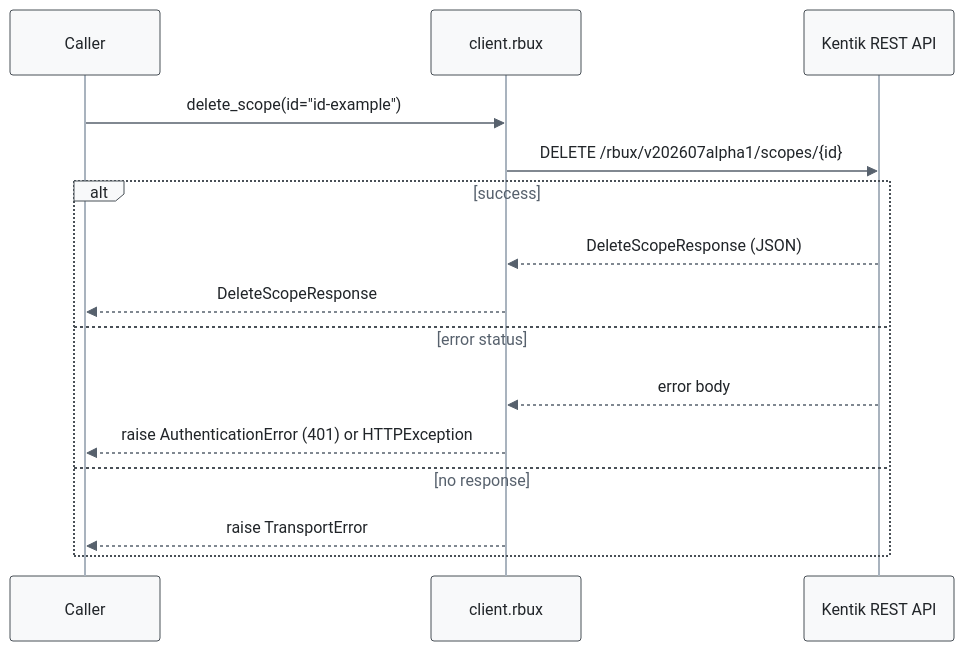
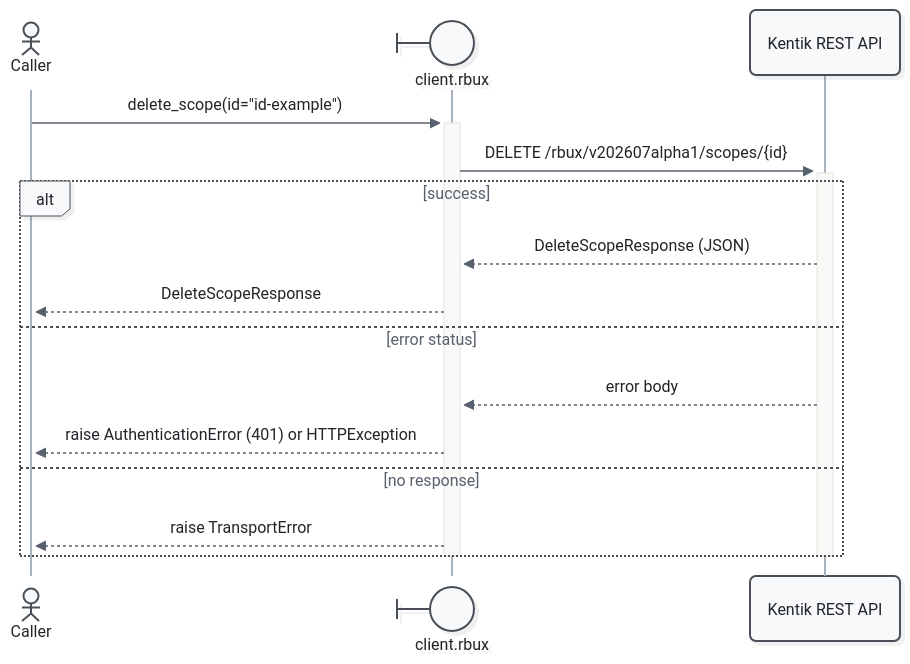
One commit to alexdearaujo/community_sdk_python changed the ninth of 11 diagrams in docs/sphinx/services/rbux.md. Above: the diagram before and after it, drawn with Mermaid. The commit also changed other lines of this file and 52 other files, not shown here.

First line of the commit message:
docs: Mermaid 12 sequence diagrams with participant types and path colors

````diff
--- a/docs/sphinx/services/rbux.md
+++ b/docs/sphinx/services/rbux.md
@@ -341,19 +361,21 @@
 ```mermaid
-%%{init: {"theme": "base", "fontFamily": "ui-monospace, SFMono-Regular, Menlo, monospace", "themeVariables": {"fontFamily": "ui-monospace, SFMono-Regular, Menlo, monospace", "primaryColor": "#f8f9fa", "primaryBorderColor": "#495057", "primaryTextColor": "#212529", "textColor": "#212529", "lineColor": "#77818c", "edgeLabelBackground": "#ffffff", "actorBkg": "#f8f9fa", "actorBorder": "#495057", "actorTextColor": "#212529", "actorLineColor": "#a9b3be", "signalColor": "#57616d", "signalTextColor": "#212529", "labelBoxBkgColor": "#f8f9fa", "labelBoxBorderColor": "#495057", "labelTextColor": "#212529", "loopTextColor": "#57616d", "noteBkgColor": "#fff9db", "noteBorderColor": "#f08c00", "noteTextColor": "#a35a00"}, "flowchart": {"curve": "step", "nodeSpacing": 30, "rankSpacing": 70, "wrappingWidth": 400}}}%%
+%%{init: {"theme": "redux", "look": "neo", "layout": "dagre", "fontFamily": "ui-monospace, SFMono-Regular, Menlo, monospace", "themeVariables": {"fontFamily": "ui-monospace, SFMono-Regular, Menlo, monospace", "primaryColor": "#f8f9fa", "primaryBorderColor": "#495057", "primaryTextColor": "#212529", "textColor": "#212529", "lineColor": "#77818c", "edgeLabelBackground": "#ffffff", "actorBkg": "#f8f9fa", "actorBorder": "#495057", "actorTextColor": "#212529", "actorLineColor": "#a9b3be", "signalColor": "#57616d", "signalTextColor": "#212529", "labelBoxBkgColor": "#f8f9fa", "labelBoxBorderColor": "#495057", "labelTextColor": "#212529", "loopTextColor": "#57616d", "noteBkgColor": "#fff9db", "noteBorderColor": "#f08c00", "noteTextColor": "#a35a00"}, "sequence": {"activationWidth": 16}, "flowchart": {"curve": "step", "nodeSpacing": 30, "rankSpacing": 70, "wrappingWidth": 400}}}%%
 sequenceDiagram
-    participant C as Caller
-    participant W as client.rbux
+    actor C as Caller
+    participant W@{ "type": "boundary" } as client.rbux
     participant API as Kentik REST API
 
-    C->>W: delete_scope(id="id-example")
-    W->>API: DELETE /rbux/v202607alpha1/scopes/{id}
+    C->>+W: delete_scope(id="id-example")
+    W->>+API: DELETE /rbux/v202607alpha1/scopes/{id}
     alt success
         API-->>W: DeleteScopeResponse (JSON)
         W-->>C: DeleteScopeResponse
     else error status
         API-->>W: error body
         W-->>C: raise AuthenticationError (401) or HTTPException
     else no response
         W-->>C: raise TransportError
     end
+    deactivate API
+    deactivate W
 ```
````
